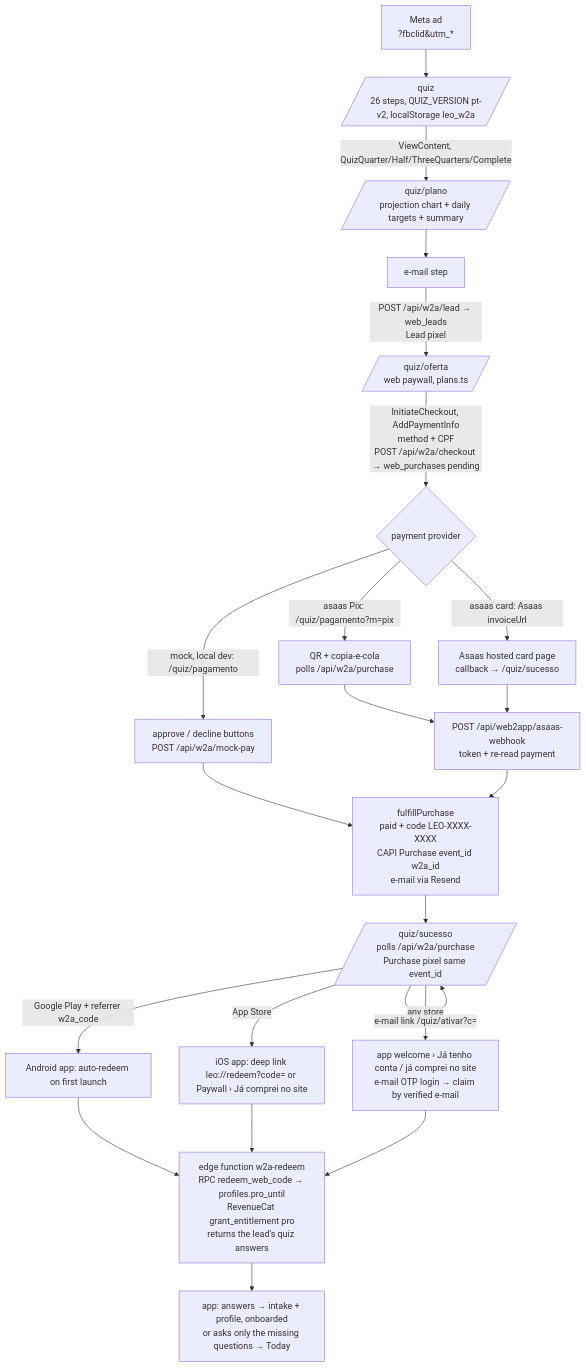
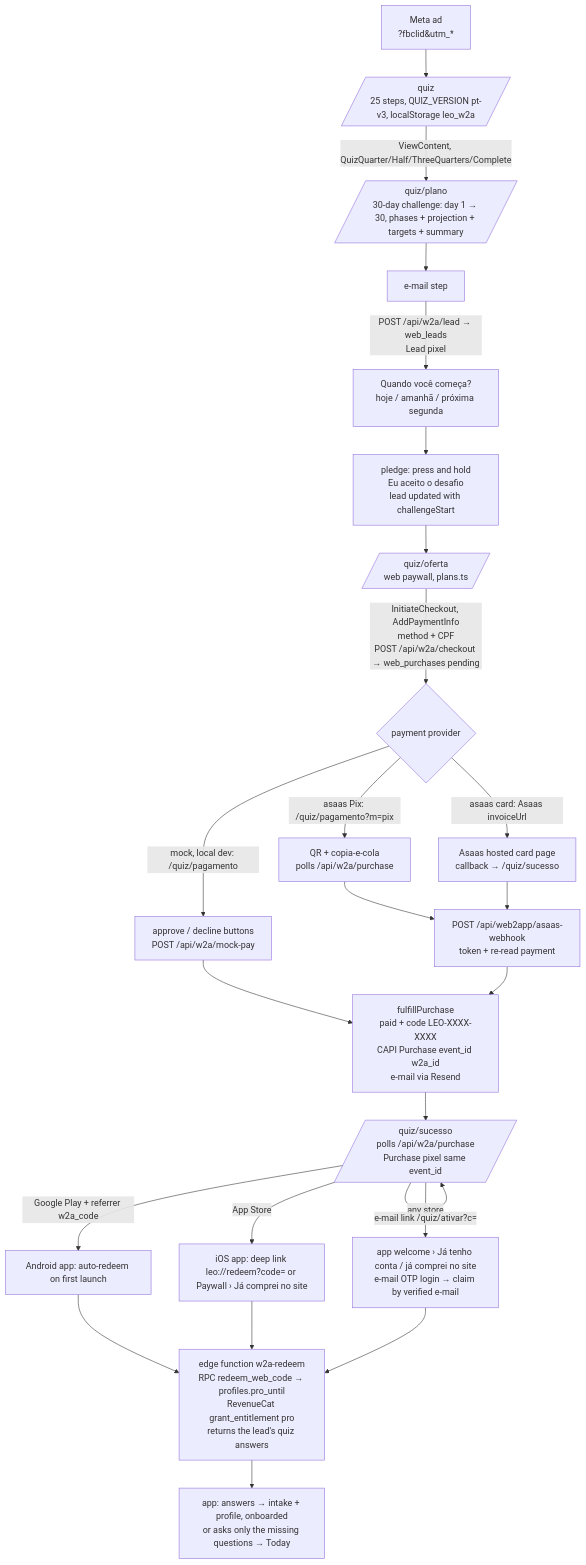
The diagram in docs/web2app.md (collasanta/carnivoresystem-web), drawn with Mermaid before and after one commit. The commit also changed other lines of this file and 7 other files, not shown here.

First line of the commit message:
w2a: quiz como Desafio Carnívoro de 30 dias + compromisso antes do preço

````diff
--- a/docs/web2app.md
+++ b/docs/web2app.md
@@ -12,24 +12,26 @@
 ```mermaid
 flowchart TD
-  A[Meta ad<br/>?fbclid&utm_*] --> Q[/quiz<br/>26 steps, QUIZ_VERSION pt-v2, localStorage leo_w2a/]
-  Q -->|ViewContent, QuizQuarter/Half/ThreeQuarters/Complete| P[/quiz/plano<br/>projection chart + daily targets + summary/]
+  A[Meta ad<br/>?fbclid&utm_*] --> Q[/quiz<br/>25 steps, QUIZ_VERSION pt-v3, localStorage leo_w2a/]
+  Q -->|ViewContent, QuizQuarter/Half/ThreeQuarters/Complete| P[/quiz/plano<br/>30-day challenge: day 1 → 30, phases + projection + targets + summary/]
   P --> E[e-mail step]
-  E -->|POST /api/w2a/lead → web_leads<br/>Lead pixel| O[/quiz/oferta<br/>web paywall, plans.ts/]
+  E -->|POST /api/w2a/lead → web_leads<br/>Lead pixel| ST[Quando você começa?<br/>hoje / amanhã / próxima segunda]
+  ST --> PL[pledge: press and hold<br/>Eu aceito o desafio<br/>lead updated with challengeStart]
+  PL --> O[/quiz/oferta<br/>web paywall, plans.ts/]
   O -->|InitiateCheckout, AddPaymentInfo<br/>method + CPF<br/>POST /api/w2a/checkout → web_purchases pending| G{payment provider}
   G -->|mock, local dev: /quiz/pagamento| M[approve / decline buttons<br/>POST /api/w2a/mock-pay]
   G -->|asaas Pix: /quiz/pagamento?m=pix| PX[QR + copia-e-cola<br/>polls /api/w2a/purchase]
   G -->|asaas card: Asaas invoiceUrl| CC[Asaas hosted card page<br/>callback → /quiz/sucesso]
   PX --> W[POST /api/web2app/asaas-webhook<br/>token + re-read payment]
   CC --> W
   M --> F[fulfillPurchase<br/>paid + code LEO-XXXX-XXXX<br/>CAPI Purchase event_id w2a_id<br/>e-mail via Resend]
   W --> F
   F --> S[/quiz/sucesso<br/>polls /api/w2a/purchase<br/>Purchase pixel same event_id/]
   S -->|Google Play + referrer w2a_code| AA[Android app: auto-redeem on first launch]
   S -->|App Store| AI[iOS app: deep link leo://redeem?code= or Paywall › Já comprei no site]
   S -->|any store| AE[app welcome › Já tenho conta / já comprei no site<br/>e-mail OTP login → claim by verified e-mail]
   S -->|e-mail link /quiz/ativar?c=| S
   AA --> R[edge function w2a-redeem<br/>RPC redeem_web_code → profiles.pro_until<br/>RevenueCat grant_entitlement pro<br/>returns the lead's quiz answers]
   AI --> R
   AE --> R
   R --> PR[app: answers → intake + profile, onboarded<br/>or asks only the missing questions → Today]
 ```
````
